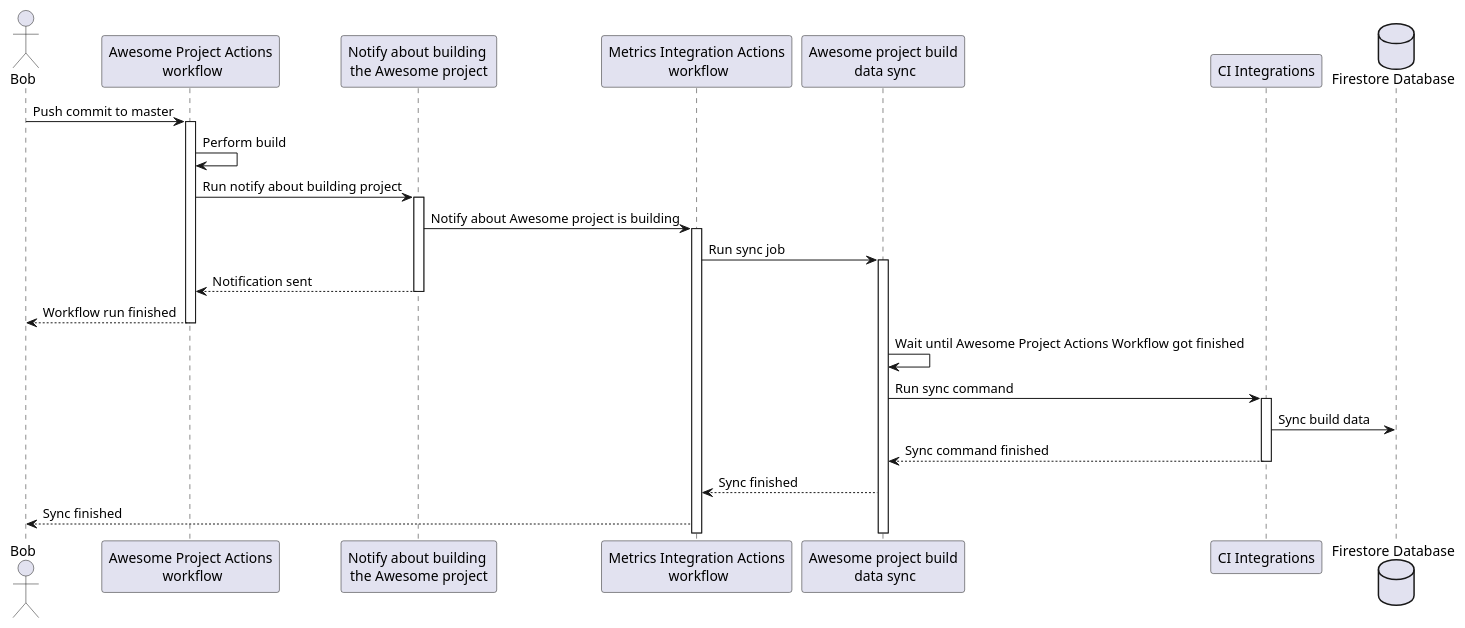
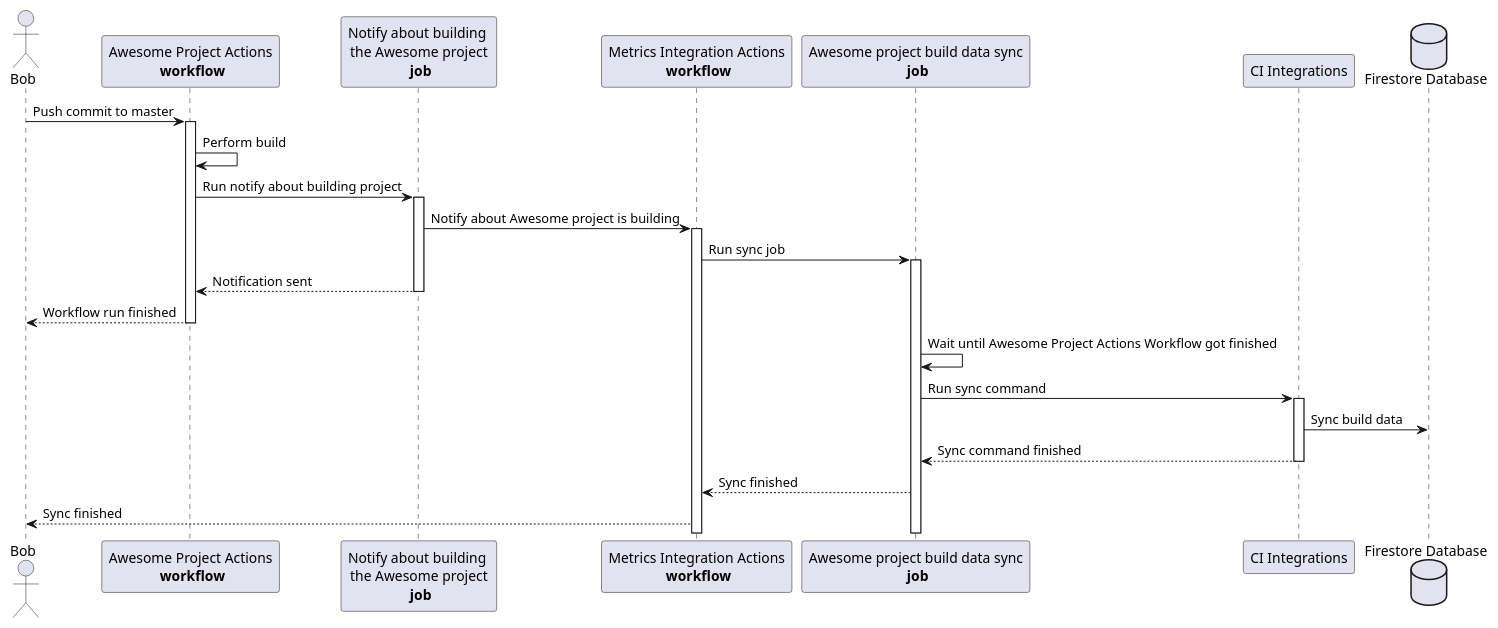
The diagram in docs/diagrams/github_actions_sequence_diagram.puml (Flank/flank-dashboard), drawn with PlantUML before and after one commit.

Commit message:
Improve names in sequence diagram

```diff
--- a/docs/diagrams/github_actions_sequence_diagram.puml
+++ b/docs/diagrams/github_actions_sequence_diagram.puml
@@ -1,44 +1,44 @@
 @startuml github_actions_sequence_diagram
 
 actor Bob
 
-participant "Awesome Project Actions\n workflow" as AwesomeWorkflow
-participant "Notify about building \nthe Awesome project" as NotifyBuilding
+participant "Awesome Project Actions\n **workflow**" as AwesomeWorkflow
+participant "Notify about building \nthe Awesome project\n **job**" as NotifyBuilding
 
-participant "Metrics Integration Actions\n workflow" as IntegrationsWorkflow
-participant "Awesome project build\n data sync" as AwesomeSync
+participant "Metrics Integration Actions\n **workflow**" as IntegrationsWorkflow
+participant "Awesome project build data sync\n **job**" as AwesomeSync
 participant "CI Integrations" as CiIntegrations
 
 database "Firestore Database" as Firestore
 
 
 Bob -> AwesomeWorkflow : Push commit to master
 activate AwesomeWorkflow
 AwesomeWorkflow -> AwesomeWorkflow : Perform build
 
 AwesomeWorkflow -> NotifyBuilding : Run notify about building project
 activate NotifyBuilding
 
 NotifyBuilding -> IntegrationsWorkflow : Notify about Awesome project is building
 activate IntegrationsWorkflow
 
 IntegrationsWorkflow -> AwesomeSync : Run sync job
 activate AwesomeSync
 
 NotifyBuilding --> AwesomeWorkflow : Notification sent
 deactivate NotifyBuilding
 
 AwesomeWorkflow --> Bob : Workflow run finished
 deactivate AwesomeWorkflow
 
 AwesomeSync -> AwesomeSync : Wait until Awesome Project Actions Workflow got finished
 
 AwesomeSync -> CiIntegrations : Run sync command
 activate CiIntegrations
 
 CiIntegrations -> Firestore : Sync build data
 return Sync command finished
 AwesomeSync --> IntegrationsWorkflow : Sync finished
 IntegrationsWorkflow --> Bob : Sync finished
 
 @enduml
```
